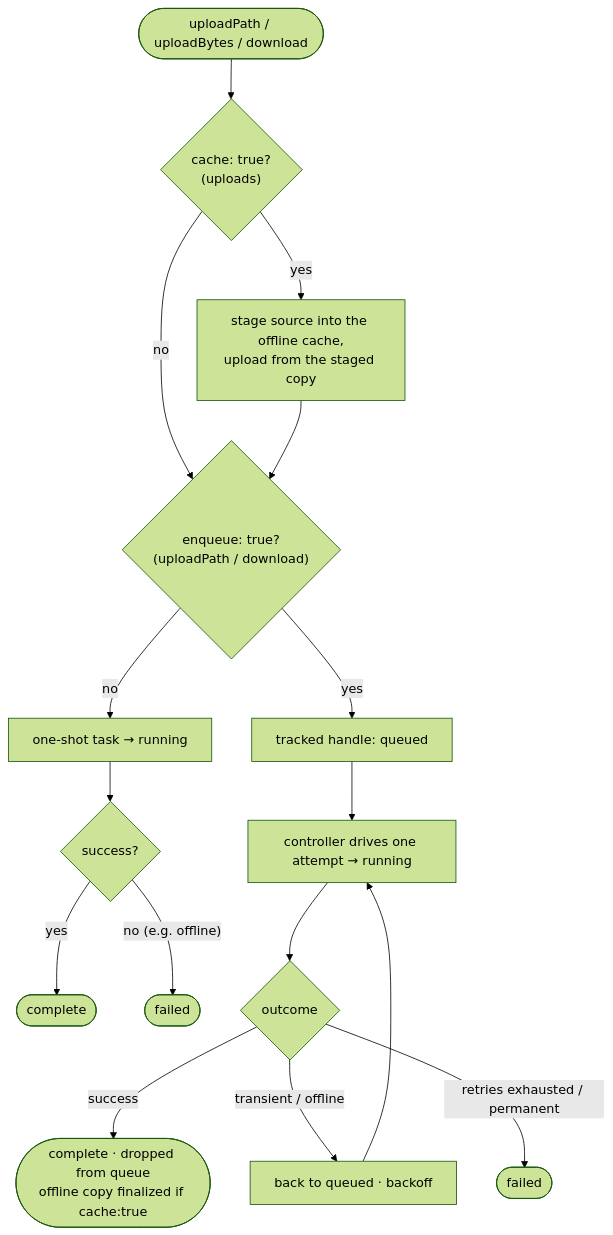
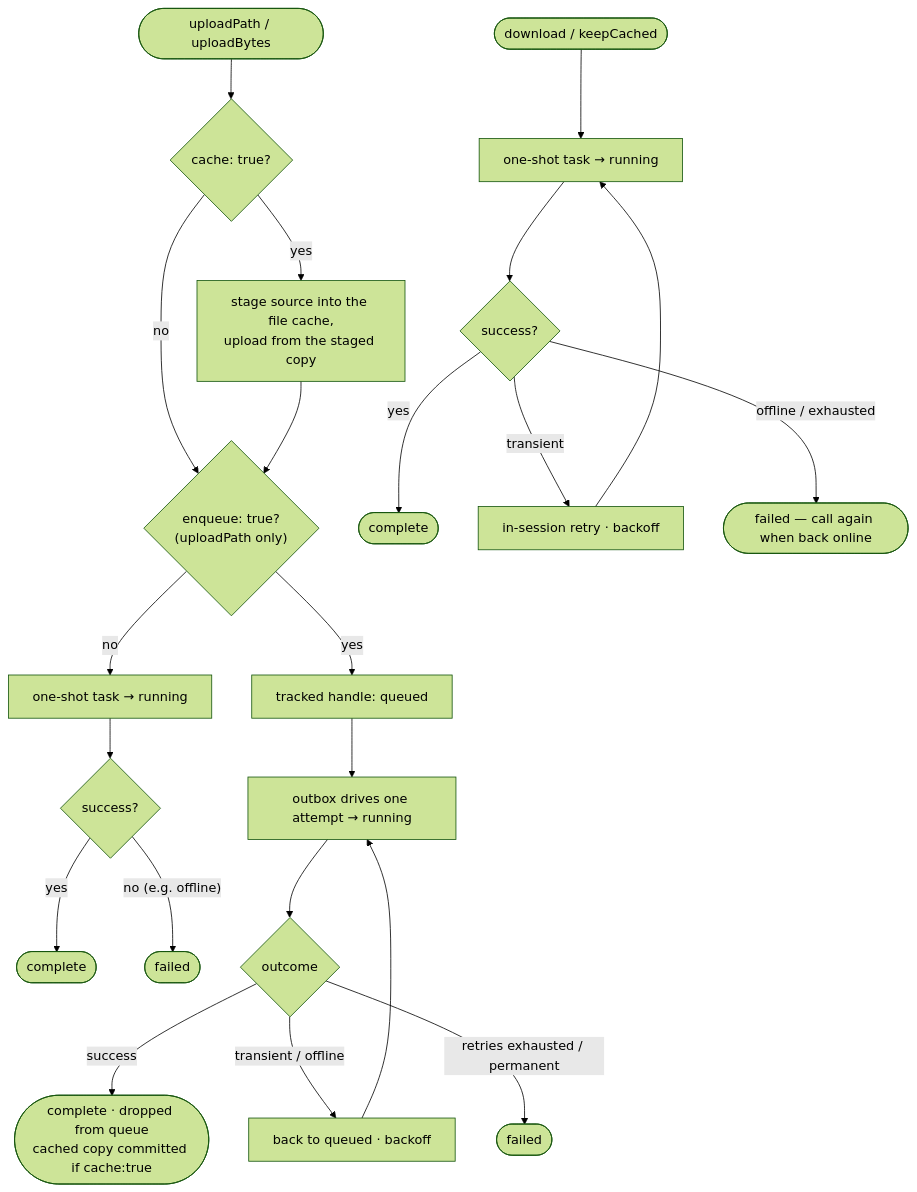
Before and after one commit to FlameOfUdun/winche-storage-dart-sdk: the diagram in README.md, drawn with Mermaid (forest theme). The commit also changed other lines of this file and 1 other file, not shown here.

First line of the commit message:
docs: rewrite cache documentation for 5.0.0

````diff
--- a/README.md
+++ b/README.md
@@ -187,20 +197,27 @@
 ```mermaid
 flowchart TD
-    Start(["uploadPath / uploadBytes / download"]) --> Cache{"cache: true?<br/>(uploads)"}
-    Cache -->|yes| Stage["stage source into the offline cache,<br/>upload from the staged copy"]
-    Cache -->|no| Enq{"enqueue: true?<br/>(uploadPath / download)"}
+    Up(["uploadPath / uploadBytes"]) --> Cache{"cache: true?"}
+    Cache -->|yes| Stage["stage source into the file cache,<br/>upload from the staged copy"]
+    Cache -->|no| Enq{"enqueue: true?<br/>(uploadPath only)"}
     Stage --> Enq
 
     Enq -->|no| Direct["one-shot task → running"]
     Direct --> DirOut{"success?"}
     DirOut -->|yes| Done(["complete"])
     DirOut -->|"no (e.g. offline)"| Failed(["failed"])
 
     Enq -->|yes| Queued["tracked handle: queued"]
-    Queued --> Attempt["controller drives one attempt → running"]
+    Queued --> Attempt["outbox drives one attempt → running"]
     Attempt --> Outcome{"outcome"}
-    Outcome -->|success| Done2(["complete · dropped from queue<br/>offline copy finalized if cache:true"])
+    Outcome -->|success| Done2(["complete · dropped from queue<br/>cached copy committed if cache:true"])
     Outcome -->|"transient / offline"| Backoff["back to queued · backoff"]
     Backoff --> Attempt
     Outcome -->|"retries exhausted / permanent"| Failed2(["failed"])
+
+    Dl(["download / keepCached"]) --> Once["one-shot task → running"]
+    Once --> DlOut{"success?"}
+    DlOut -->|yes| DlDone(["complete"])
+    DlOut -->|"transient"| DlRetry["in-session retry · backoff"]
+    DlRetry --> Once
+    DlOut -->|"offline / exhausted"| DlFailed(["failed — call again when back online"])
 ```
````
